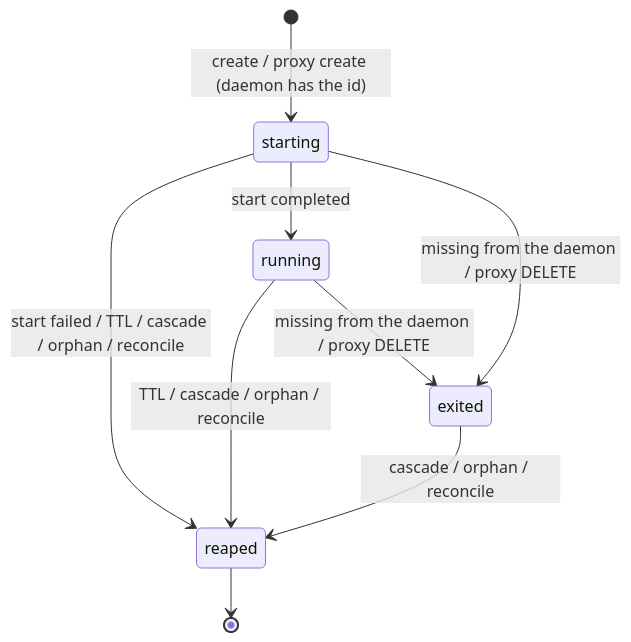
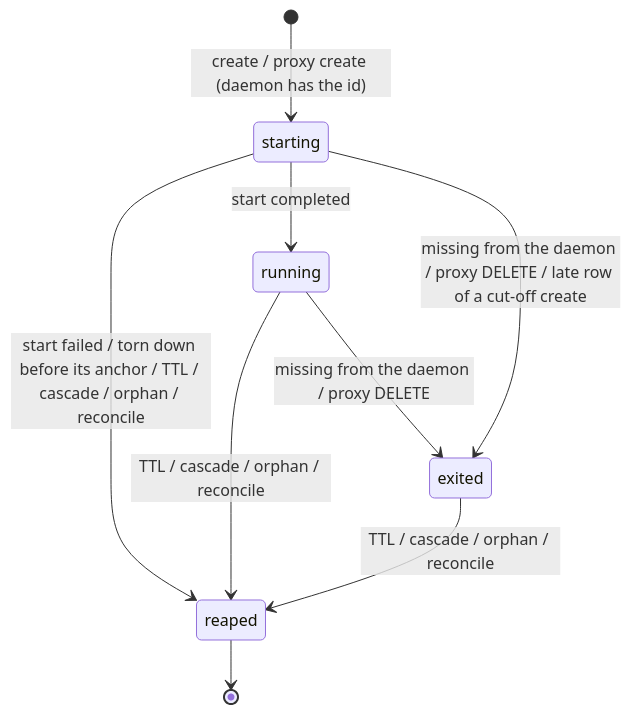
Before and after one commit to iskhakovt/cogmo: the first of 2 diagrams in design/sandbox.md, drawn with Mermaid. The commit also changed other lines of this file and 20 other files, not shown here.

First line of the commit message:
fix(sandbox): clear a late child row after a cut-off and release only the create's own socket

````diff
--- a/design/sandbox.md
+++ b/design/sandbox.md
@@ -683,11 +683,11 @@
 ```mermaid
 stateDiagram-v2
   [*] --> starting: create / proxy create (daemon has the id)
   starting --> running: start completed
-  starting --> reaped: start failed / TTL / cascade / orphan / reconcile
+  starting --> reaped: start failed / torn down before its anchor / TTL / cascade / orphan / reconcile
   running --> reaped: TTL / cascade / orphan / reconcile
   running --> exited: missing from the daemon / proxy DELETE
-  starting --> exited: missing from the daemon / proxy DELETE
-  exited --> reaped: cascade / orphan / reconcile
+  starting --> exited: missing from the daemon / proxy DELETE / late row of a cut-off create
+  exited --> reaped: TTL / cascade / orphan / reconcile
   reaped --> [*]
 ```
````
